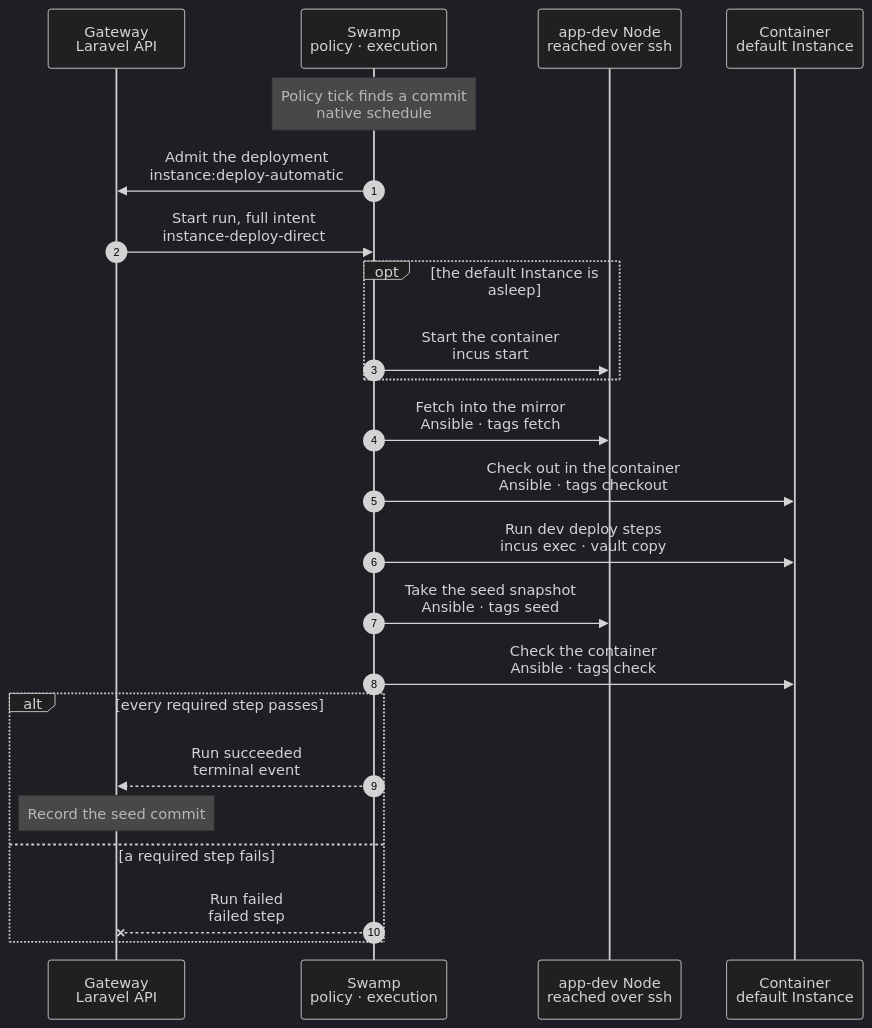
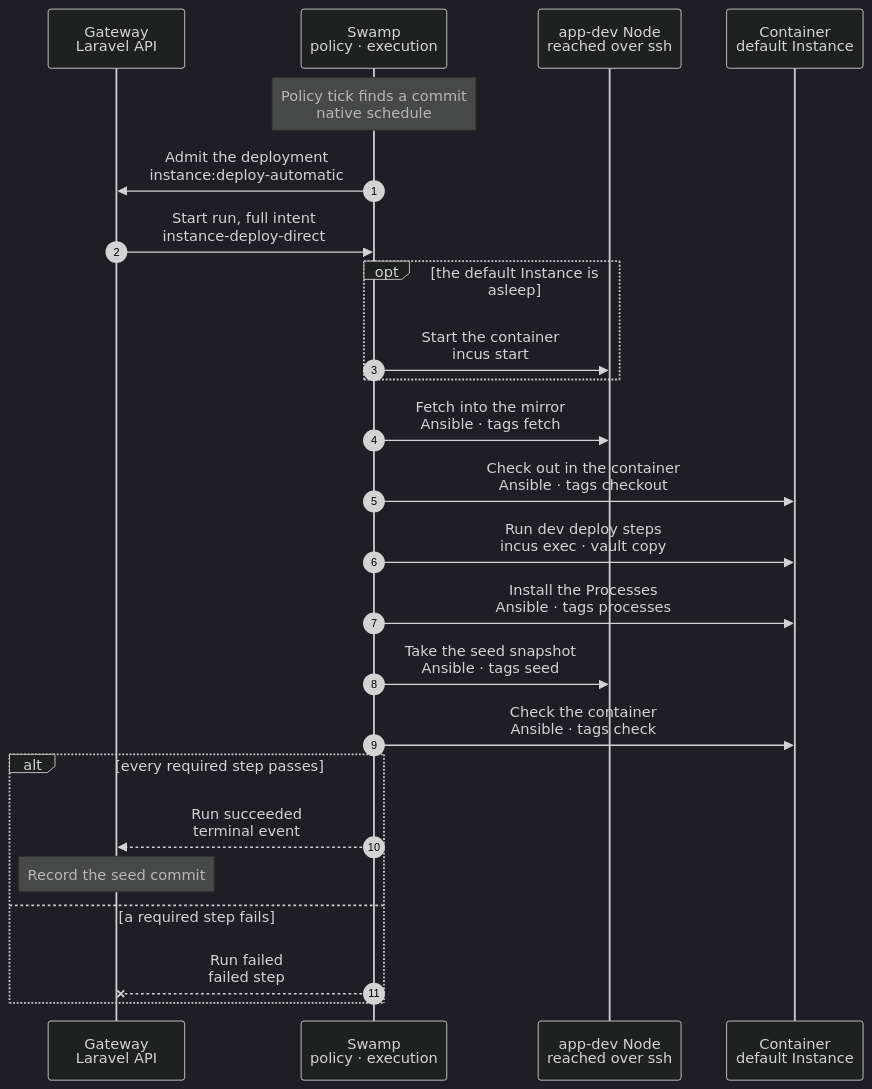
One commit to hardimpactdev/orbit changed the diagram in docs/cli/instance/container/deploy-default.mmd. Above: the diagram before and after it, drawn with Mermaid (dark theme). The commit also changed 59 other files, not shown here.

First line of the commit message:
Run a Project's development Processes in its Instance containers (PR 4b), on top of PR 5

```diff
--- a/docs/cli/instance/container/deploy-default.mmd
+++ b/docs/cli/instance/container/deploy-default.mmd
@@ -1,52 +1,56 @@
 sequenceDiagram
   %% Target design, container runtime (ADR 0250 step 3, docs/reference/development-containers.md#the-default-instance): the automatic development deployment of docs/reference/deployments.md, in the default Instance's container. Swamp's policy finds the commit, as it does today; the Gateway admits the deployment and records its result. When the charts move into place, this becomes the development branch of the deploy chart.
   %% status: draft
   %% command: none · automatic deployment policy
   %% kind: instance.deploy
   autonumber
   %% lane GW icon=gateway pill=intent tone=blue
   %% lane SW icon=workflow pill=executes tone=green
   %% lane N icon=server pill=target tone=amber
   %% lane C icon=server pill=target tone=purple
   participant GW as Gateway<br/>Laravel API
   participant SW as Swamp<br/>policy · execution
   participant N as app-dev Node<br/>reached over ssh
   participant C as Container<br/>default Instance
   Note over SW: Policy tick finds a commit<br/>native schedule
   %%> What it does:
   %%> - Swamp's automatic deployment policy reads the default branch head and the checks, as it does today; it owns discovery, backoff and the retry limit
   SW->>GW: Admit the deployment<br/>instance:deploy-automatic
   %%> What it does:
   %%> - the Gateway admits `instance.deploy` for that exact commit, with the Instance lock and a repository read token in the vault
   GW->>SW: Start run, full intent<br/>instance-deploy-direct
   opt the default Instance is asleep
     SW->>N: Start the container<br/>incus start
   end
   SW->>N: Fetch into the mirror<br/>Ansible · tags fetch
   %%> What it does:
   %%> - fetches into the Node's mirror and pushes the branch into the container as a bundle; the token never enters the container
   %%> - a pinned commit off the branch's first-parent chain refuses `deployment.commit_not_on_branch`
   SW->>C: Check out in the container<br/>Ansible · tags checkout
   %%> What it does:
   %%> - the same checks as a checkout default: a dirty tree refuses `deployment.checkout_dirty`, a diverged branch `deployment.branch_diverged`
   SW->>C: Run dev deploy steps<br/>incus exec · vault copy
   %%> What it does:
   %%> - the Project's development deploy steps, as `orbit`: they install changed dependencies and migrate
+  SW->>C: Install the Processes<br/>Ansible · tags processes
+  %%> What it does:
+  %%> - installs the Project's new and changed development Process definitions as `orbit-*` units, with their environment files from the vault
+  %%> - restarts a changed unit and removes a former environment file
   SW->>N: Take the seed snapshot<br/>Ansible · tags seed
   %%> What it does:
   %%> - stops the default's Processes for a moment, snapshots the container and starts them again, so clones copy no half-written file
   %%> - deletes older seed snapshots that no clone uses
-  %%> - starting the units again restarts them on the new code
+  %%> - starting the units again restarts every running Process on the new commit, such as a queue worker
   SW->>C: Check the container<br/>Ansible · tags check
   %%> What it does:
   %%> - the branch is checked out at the commit and the units are active, else `deployment.branch_changed` or `deployment.processes_inactive`
   alt every required step passes
     SW-->>GW: Run succeeded<br/>terminal event
     Note over GW: Record the seed commit
     %%> Result:
     %%> - new clones start at this snapshot; existing clones do not change
   else a required step fails
     SW--xGW: Run failed<br/>failed step
     %%> Result:
     %%> - no new seed snapshot is taken, so clones keep starting at the last commit that deployed; Swamp's policy retries after its backoff
   end
```
